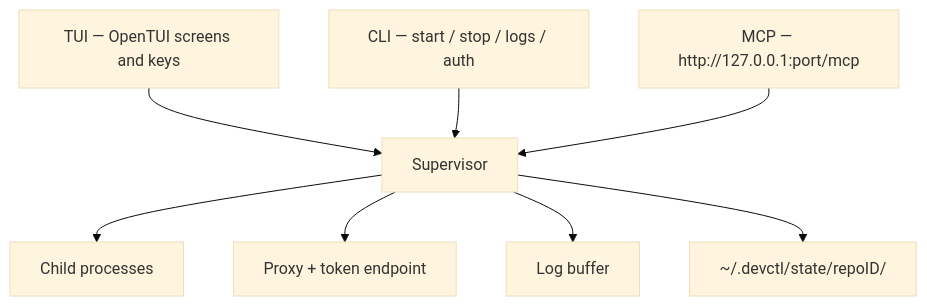
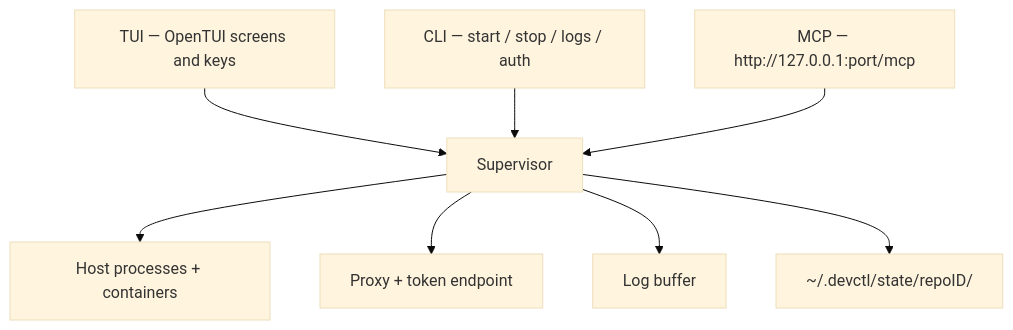
Before and after one commit to amr-m-abdelgawad/devctl: the first of 2 diagrams in docs/overview.md, drawn with Mermaid (base theme). The commit also changed other lines of this file and 32 other files, not shown here.

````diff
--- a/docs/overview.md
+++ b/docs/overview.md
@@ -5,16 +5,16 @@
 ```mermaid
 flowchart TB
   tui["TUI — OpenTUI screens and keys"]
   cli["CLI — start / stop / logs / auth"]
   mcp["MCP — http://127.0.0.1:port/mcp"]
   sup["Supervisor"]
   disk["~/.devctl/state/repoID/"]
 
   tui --> sup
   cli --> sup
   mcp --> sup
-  sup --> procs["Child processes"]
+  sup --> runtime["Host processes + containers"]
   sup --> proxy["Proxy + token endpoint"]
   sup --> logs["Log buffer"]
   sup --> disk
 ```
````
